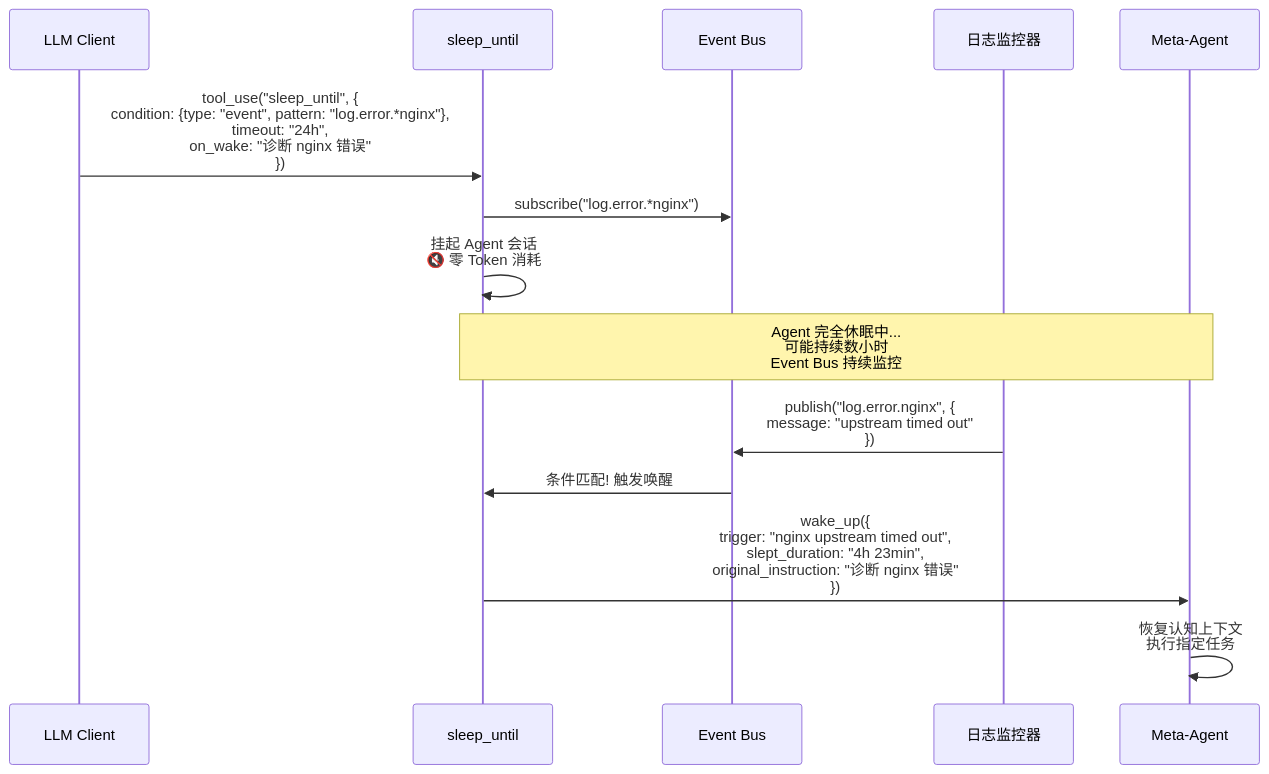
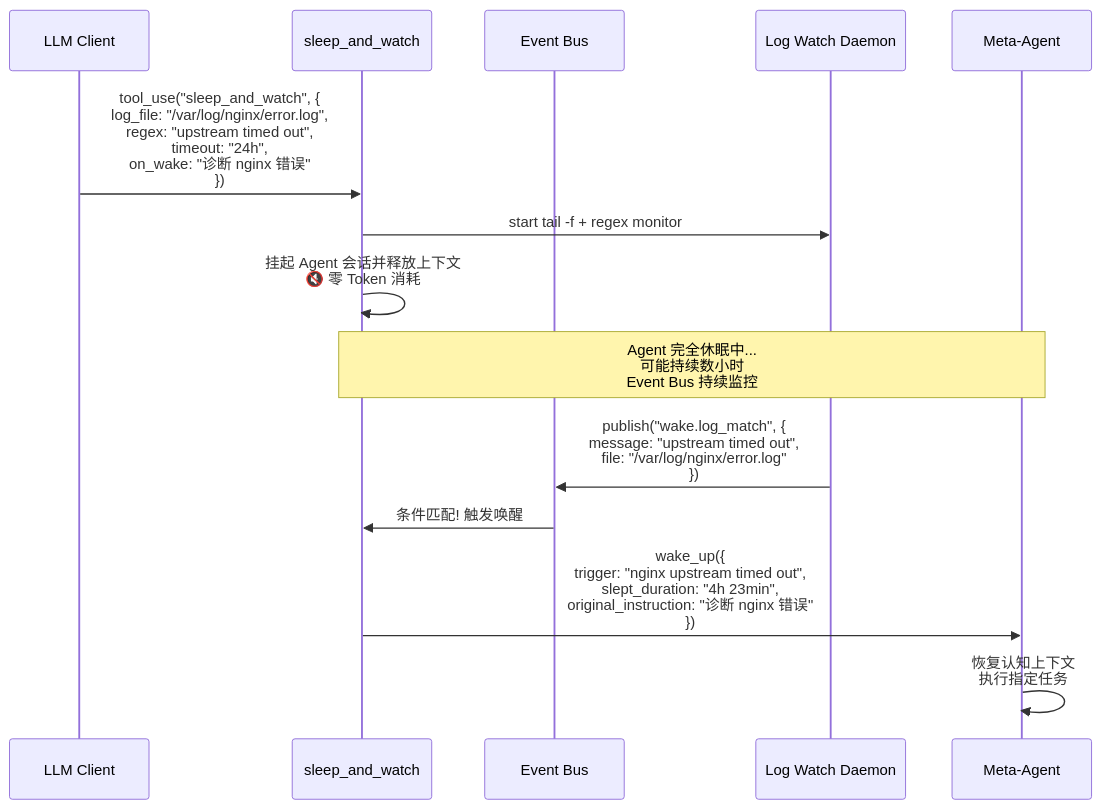
Before and after one commit to Yidhar/Embla_System: the tenth of 17 diagrams in doc/12-limbs-layer-modules.md, drawn with Mermaid. The commit also changed other lines of this file and 16 other files, not shown here.

First line of the commit message:
feat: Refactor architecture documentation for Brainstem, Brain, and Limbs layers

````diff
--- a/doc/12-limbs-layer-modules.md
+++ b/doc/12-limbs-layer-modules.md
@@ -402,23 +473,23 @@
 ```mermaid
 sequenceDiagram
     participant LLM as LLM Client
-    participant SLEEP as sleep_until
+    participant SLEEP as sleep_and_watch
     participant EB as Event Bus
-    participant LOG_MON as 日志监控器
+    participant LOG_MON as Log Watch Daemon
     participant META as Meta-Agent
 
-    LLM->>SLEEP: tool_use("sleep_until", {<br/>  condition: {type: "event", pattern: "log.error.*nginx"},<br/>  timeout: "24h",<br/>  on_wake: "诊断 nginx 错误"<br/>})
+    LLM->>SLEEP: tool_use("sleep_and_watch", {<br/>  log_file: "/var/log/nginx/error.log",<br/>  regex: "upstream timed out",<br/>  timeout: "24h",<br/>  on_wake: "诊断 nginx 错误"<br/>})
 
-    SLEEP->>EB: subscribe("log.error.*nginx")
-    SLEEP->>SLEEP: 挂起 Agent 会话<br/>🔇 零 Token 消耗
+    SLEEP->>LOG_MON: start tail -f + regex monitor
+    SLEEP->>SLEEP: 挂起 Agent 会话并释放上下文<br/>🔇 零 Token 消耗
 
     Note over SLEEP,META: Agent 完全休眠中...<br/>可能持续数小时<br/>Event Bus 持续监控
 
-    LOG_MON->>EB: publish("log.error.nginx", {<br/>  message: "upstream timed out"<br/>})
+    LOG_MON->>EB: publish("wake.log_match", {<br/>  message: "upstream timed out",<br/>  file: "/var/log/nginx/error.log"<br/>})
 
     EB->>SLEEP: 条件匹配! 触发唤醒
 
     SLEEP->>META: wake_up({<br/>  trigger: "nginx upstream timed out",<br/>  slept_duration: "4h 23min",<br/>  original_instruction: "诊断 nginx 错误"<br/>})
 
     META->>META: 恢复认知上下文<br/>执行指定任务
 ```
````
